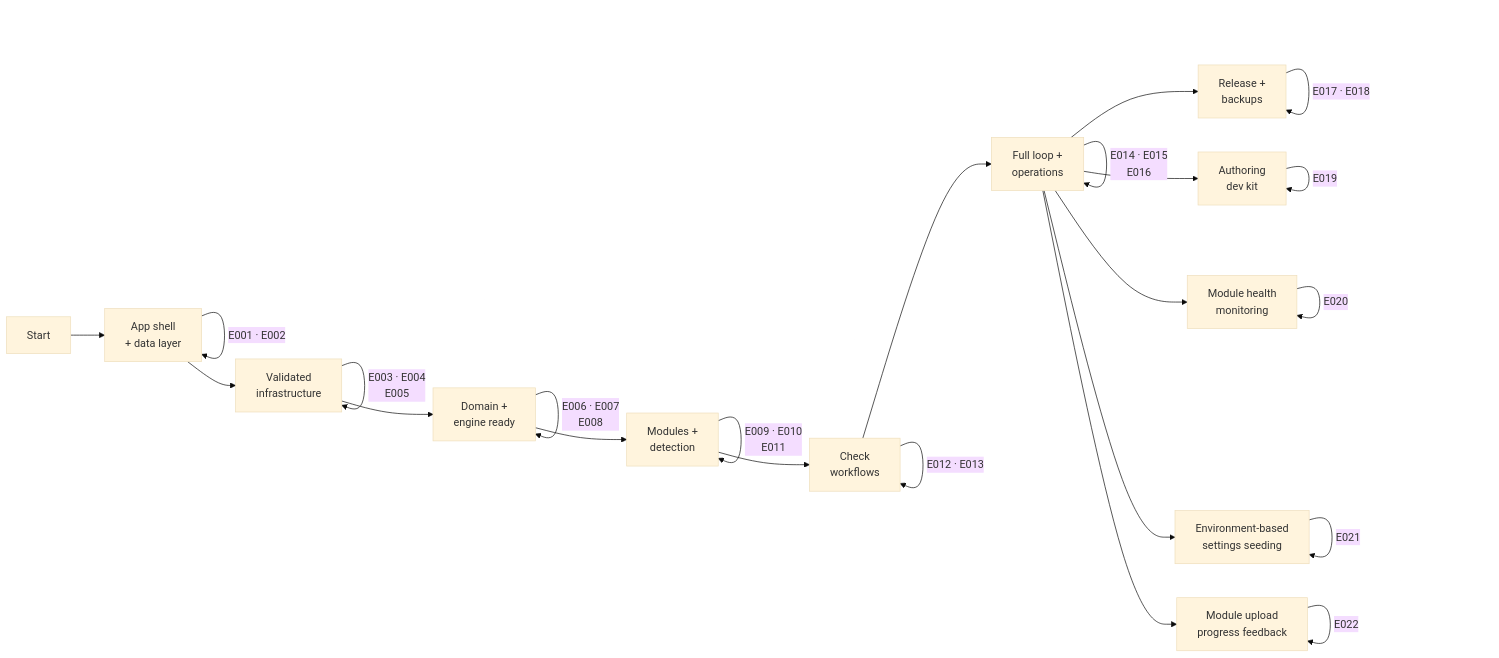
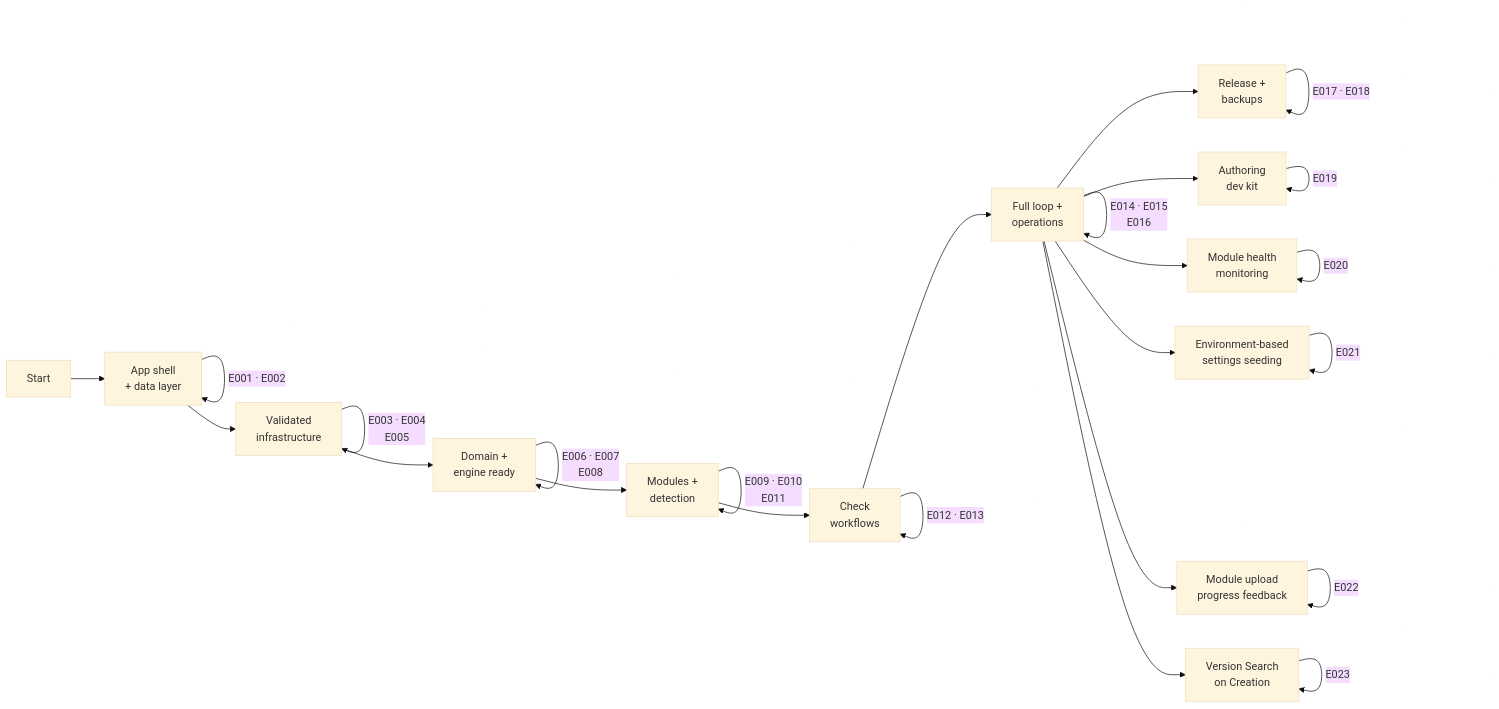
The diagram in specs/project-plan.md (attilaszasz/Binocular), drawn with Mermaid (base theme) before and after one commit. The commit also changed other lines of this file and 3 other files, not shown here.

````diff
--- a/specs/project-plan.md
+++ b/specs/project-plan.md
@@ -98,35 +104,38 @@
 ```mermaid
 graph LR
     START["Start"] --> M1["App shell<br>+ data layer"]
     M1 -->|"E001 · E002"| M1
 
     M1 --> M2["Validated<br>infrastructure"]
     M2 -->|"E003 · E004<br>E005"| M2
 
     M2 --> M3["Domain +<br>engine ready"]
     M3 -->|"E006 · E007<br>E008"| M3
 
     M3 --> M4["Modules +<br>detection"]
     M4 -->|"E009 · E010<br>E011"| M4
 
     M4 --> M5["Check<br>workflows"]
     M5 -->|"E012 · E013"| M5
 
     M5 --> M6["Full loop +<br>operations"]
     M6 -->|"E014 · E015<br>E016"| M6
 
     M6 --> M7["Release +<br>backups"]
     M7 -->|"E017 · E018"| M7
 
     M6 --> M8["Authoring<br>dev kit"]
     M8 -->|"E019"| M8
 
     M6 --> M9["Module health<br>monitoring"]
     M9 -->|"E020"| M9
 
     M6 --> M10["Environment-based<br>settings seeding"]
     M10 -->|"E021"| M10
 
     M6 --> M11["Module upload<br>progress feedback"]
     M11 -->|"E022"| M11
+
+    M6 --> M12["Version Search<br>on Creation"]
+    M12 -->|"E023"| M12
 ```
````
